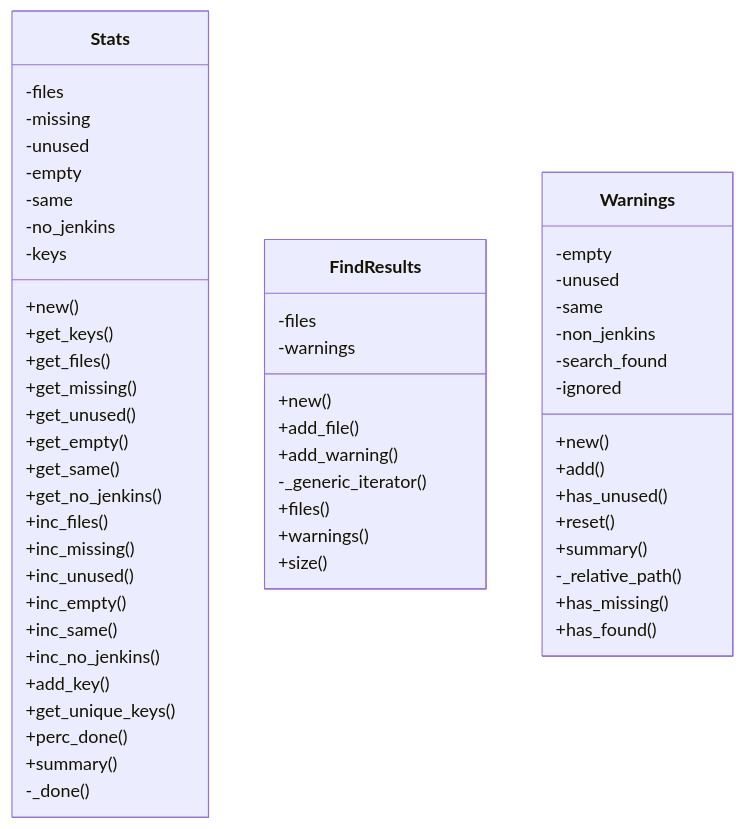
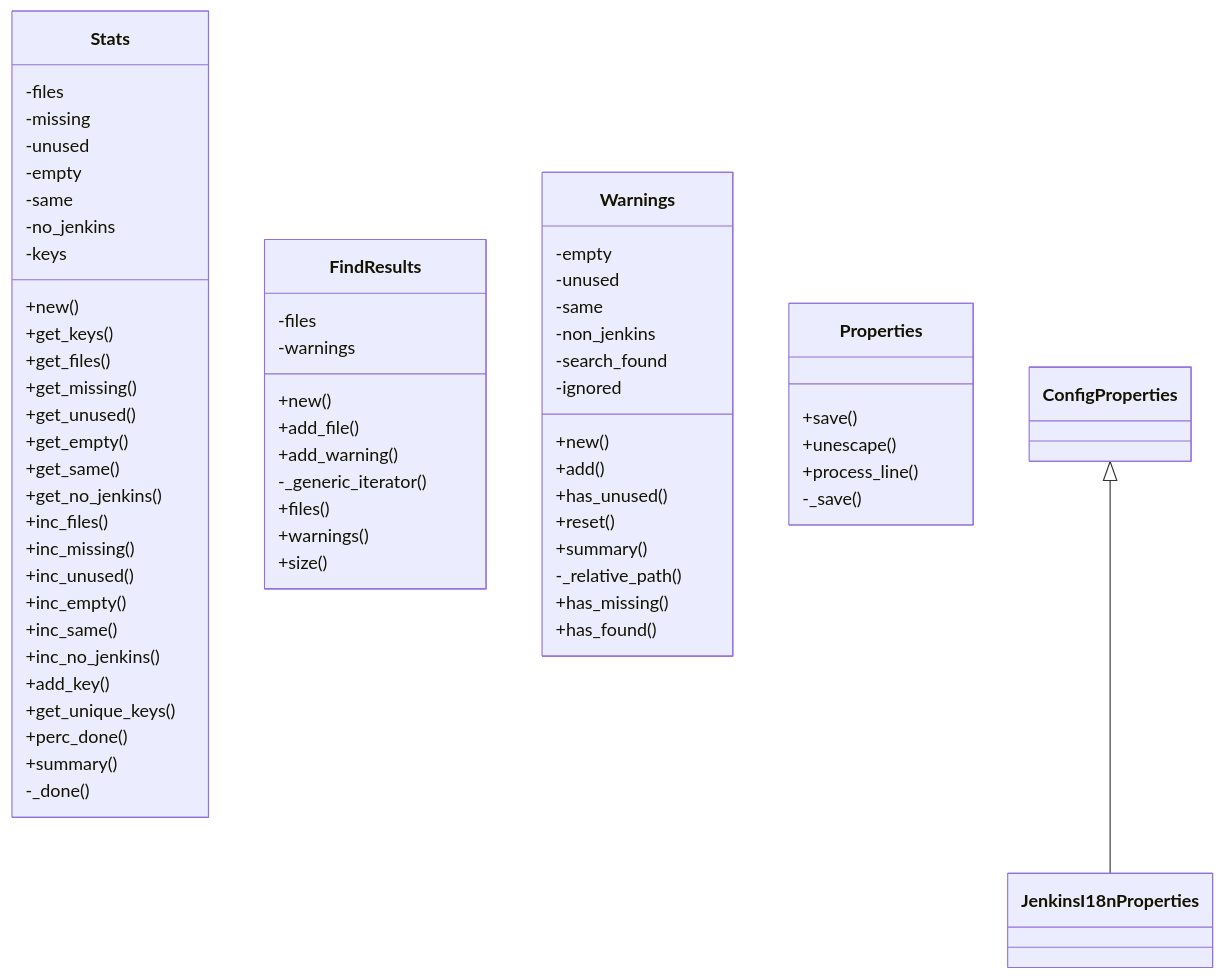
Before and after one commit to glasswalk3r/jenkins-translation-tool: the diagram in Classes.md, drawn with Mermaid. The commit also changed other lines of this file, not shown here.

Commit message:
added more classes

````diff
--- a/Classes.md
+++ b/Classes.md
@@ -3,58 +10,67 @@
 ```mermaid
 classDiagram
 class Stats {
   -files
   -missing
   -unused
   -empty
   -same
   -no_jenkins
   -keys
   +new()
   +get_keys()
   +get_files()
   +get_missing()
   +get_unused()
   +get_empty()
   +get_same()
   +get_no_jenkins()
   +inc_files()
   +inc_missing()
   +inc_unused()
   +inc_empty()
   +inc_same()
   +inc_no_jenkins()
   +add_key()
   +get_unique_keys()
   +perc_done()
   +summary()
   -_done()
 }
 class FindResults {
   -files
   -warnings
   +new()
   +add_file()
   +add_warning()
   -_generic_iterator()
   +files()
   +warnings()
   +size()
 }
 class Warnings {
   -empty
   -unused
   -same
   -non_jenkins
   -search_found
   -ignored
   +new()
   +add()
   +has_unused()
   +reset()
   +summary()
   -_relative_path()
   +has_missing()
   +has_found()
 }
+class Properties {
+  +save()
+  +unescape()
+  +process_line()
+  -_save()
+}
+
+class ConfigProperties
+ConfigProperties <|-- JenkinsI18nProperties
 ```
````
